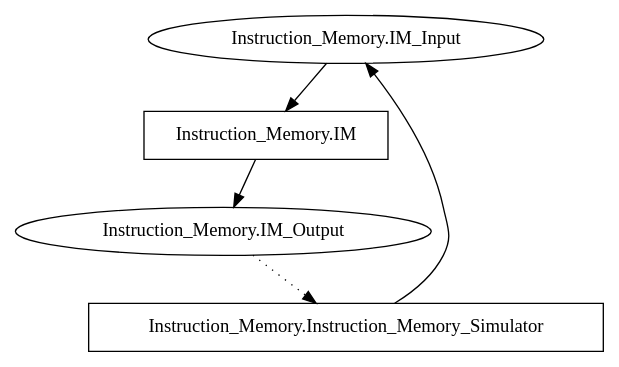
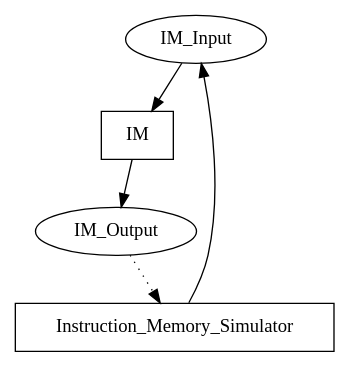
Before and after one commit to DanielRamyar/Master_Thesis: the diagram in SME_Implementations/Instruction_Memory/output/network.dot, drawn with Graphviz. The commit also changed 35 other files, not shown here.

```diff
--- a/SME_Implementations/Instruction_Memory/output/network.dot
+++ b/SME_Implementations/Instruction_Memory/output/network.dot
@@ -1,10 +1,10 @@
-digraph Program_Counter {
-"Instruction_Memory.IM_Input" [shape=oval];
-"Instruction_Memory.IM_Output" [shape=oval];
-"Instruction_Memory.IM" [shape=box];
-"Instruction_Memory.Instruction_Memory_Simulator" [shape=box];
-"Instruction_Memory.IM_Input" -> "Instruction_Memory.IM";
-"Instruction_Memory.Instruction_Memory_Simulator" -> "Instruction_Memory.IM_Input";
-"Instruction_Memory.IM" -> "Instruction_Memory.IM_Output";
-"Instruction_Memory.IM_Output" -> "Instruction_Memory.Instruction_Memory_Simulator" [style=dotted];
+digraph Instruction_Memory {
+"IM_Input" [shape=oval];
+"IM_Output" [shape=oval];
+"IM" [shape=box];
+"Instruction_Memory_Simulator" [shape=box];
+"IM_Input" -> "IM";
+"Instruction_Memory_Simulator" -> "IM_Input";
+"IM" -> "IM_Output";
+"IM_Output" -> "Instruction_Memory_Simulator" [style=dotted];
 }
```
